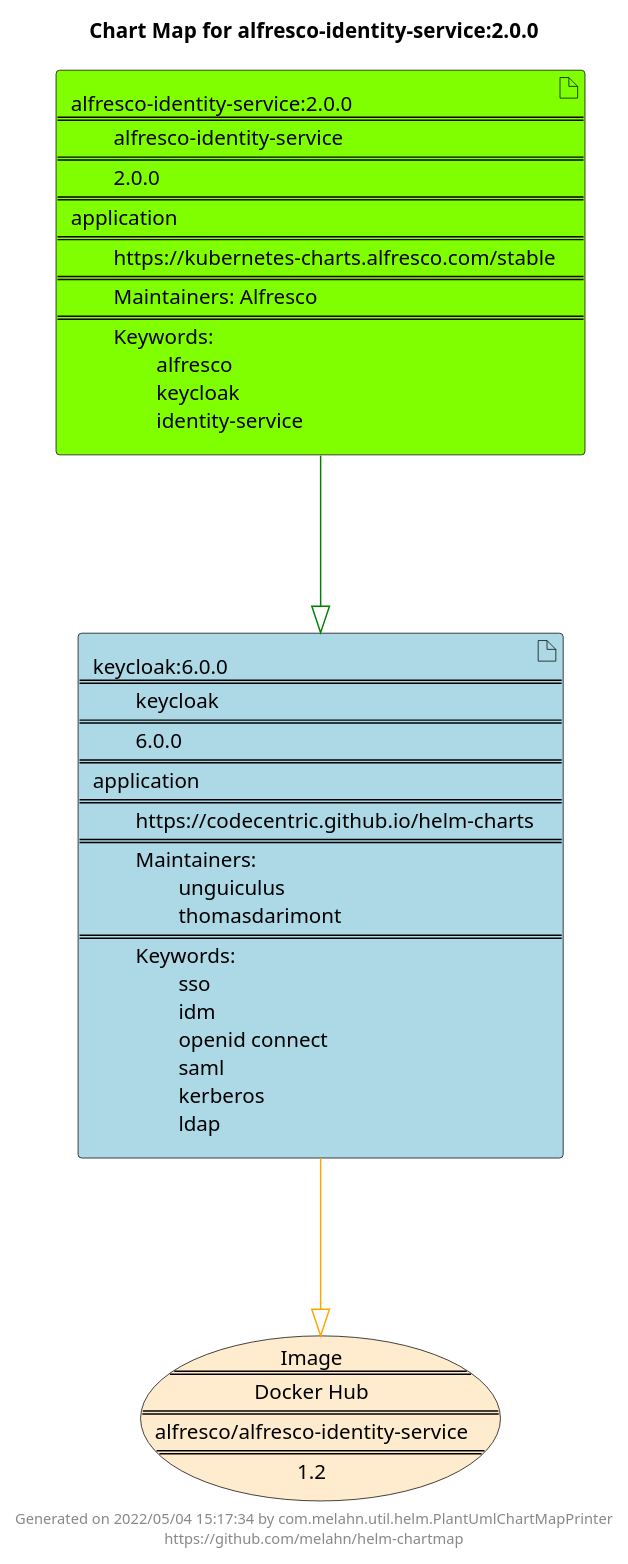
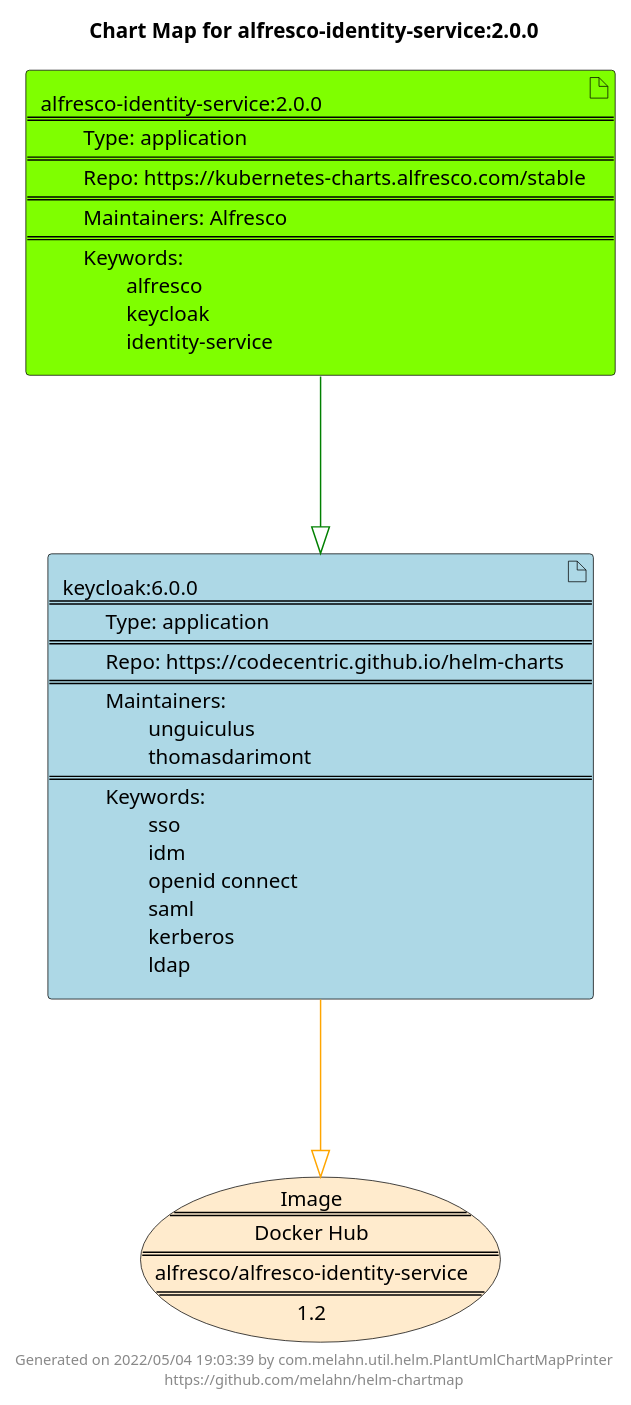
One commit to melahn/helm-chartmap changed the diagram in docs/alfresco-identity-service/alfresco-identity-service-2.0.0.puml. Above: the diagram before and after it, drawn with PlantUML. The commit also changed 54 other files, not shown here.

Commit message:
Update Example Chart Maps as part of GitHub build

```diff
--- a/docs/alfresco-identity-service/alfresco-identity-service-2.0.0.puml
+++ b/docs/alfresco-identity-service/alfresco-identity-service-2.0.0.puml
@@ -1,23 +1,23 @@
 @startuml
 skinparam linetype ortho
 skinparam backgroundColor white
 skinparam usecaseBorderColor black
 skinparam usecaseArrowColor LightSlateGray
 skinparam artifactBorderColor black
 skinparam artifactArrowColor LightSlateGray
 
 title Chart Map for alfresco-identity-service:2.0.0
 
 'There are 2 referenced Helm Charts
-artifact "keycloak:6.0.0\n====\n\tkeycloak\n====\n\t6.0.0\n====\napplication\n====\n\thttps://codecentric.github.io/helm-charts\n====\n\tMaintainers: \n\t\tunguiculus\n\t\tthomasdarimont\n====\n\tKeywords: \n\t\tsso\n\t\tidm\n\t\topenid connect\n\t\tsaml\n\t\tkerberos\n\t\tldap" as keycloak_6_0_0 #LightBlue
-artifact "alfresco-identity-service:2.0.0\n====\n\talfresco-identity-service\n====\n\t2.0.0\n====\napplication\n====\n\thttps://kubernetes-charts.alfresco.com/stable\n====\n\tMaintainers: Alfresco\n====\n\tKeywords: \n\t\talfresco\n\t\tkeycloak\n\t\tidentity-service" as alfresco_identity_service_2_0_0 #Chartreuse
+artifact "keycloak:6.0.0\n====\n\tType: application\n====\n\tRepo: https://codecentric.github.io/helm-charts\n====\n\tMaintainers: \n\t\tunguiculus\n\t\tthomasdarimont\n====\n\tKeywords: \n\t\tsso\n\t\tidm\n\t\topenid connect\n\t\tsaml\n\t\tkerberos\n\t\tldap" as keycloak_6_0_0 #LightBlue
+artifact "alfresco-identity-service:2.0.0\n====\n\tType: application\n====\n\tRepo: https://kubernetes-charts.alfresco.com/stable\n====\n\tMaintainers: Alfresco\n====\n\tKeywords: \n\t\talfresco\n\t\tkeycloak\n\t\tidentity-service" as alfresco_identity_service_2_0_0 #Chartreuse
 
 'There is one referenced Docker Image
 usecase "Image\n====\nDocker Hub\n====\nalfresco/alfresco-identity-service\n====\n1.2" as alfresco_alfresco_identity_service_1_2 #BlanchedAlmond
 
 'Chart Dependencies
 alfresco_identity_service_2_0_0--[#green]-|>keycloak_6_0_0
 keycloak_6_0_0--[#orange]-|>alfresco_alfresco_identity_service_1_2
 
-center footer Generated on 2022/05/04 15:17:34 by com.melahn.util.helm.PlantUmlChartMapPrinter\nhttps://github.com/melahn/helm-chartmap
+center footer Generated on 2022/05/04 19:03:39 by com.melahn.util.helm.PlantUmlChartMapPrinter\nhttps://github.com/melahn/helm-chartmap
 @enduml
```
